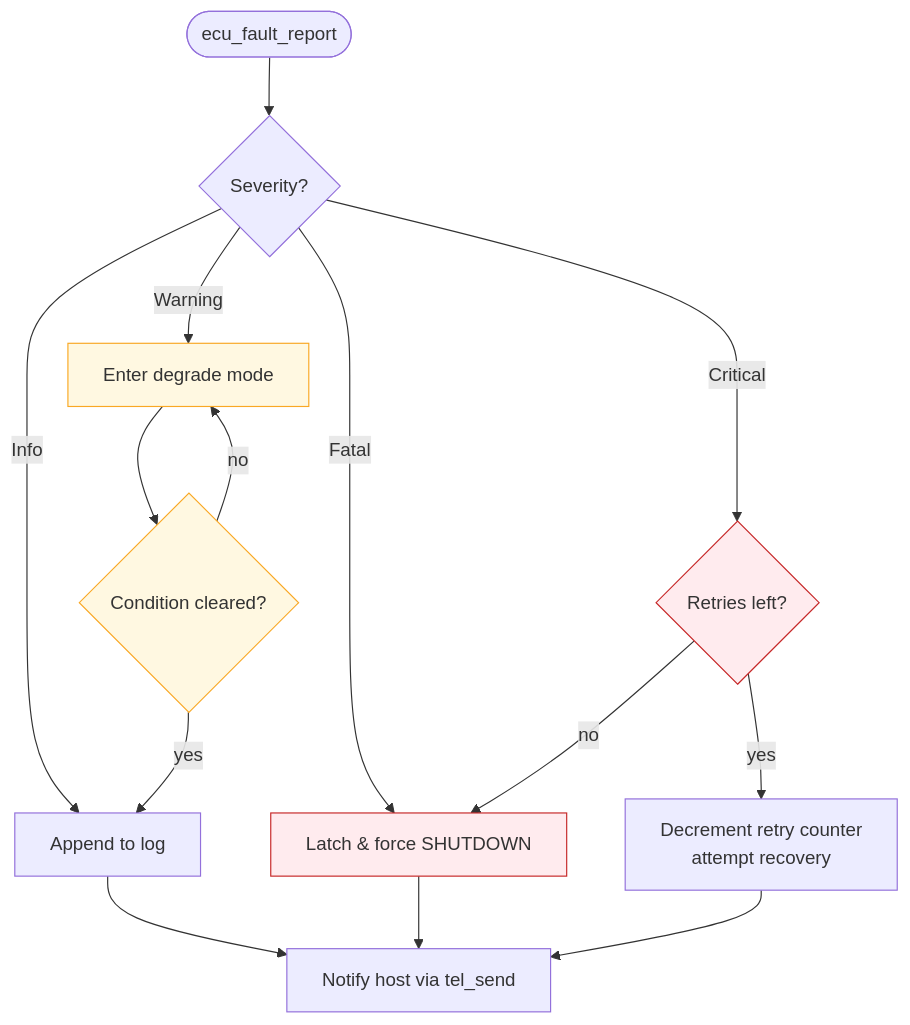
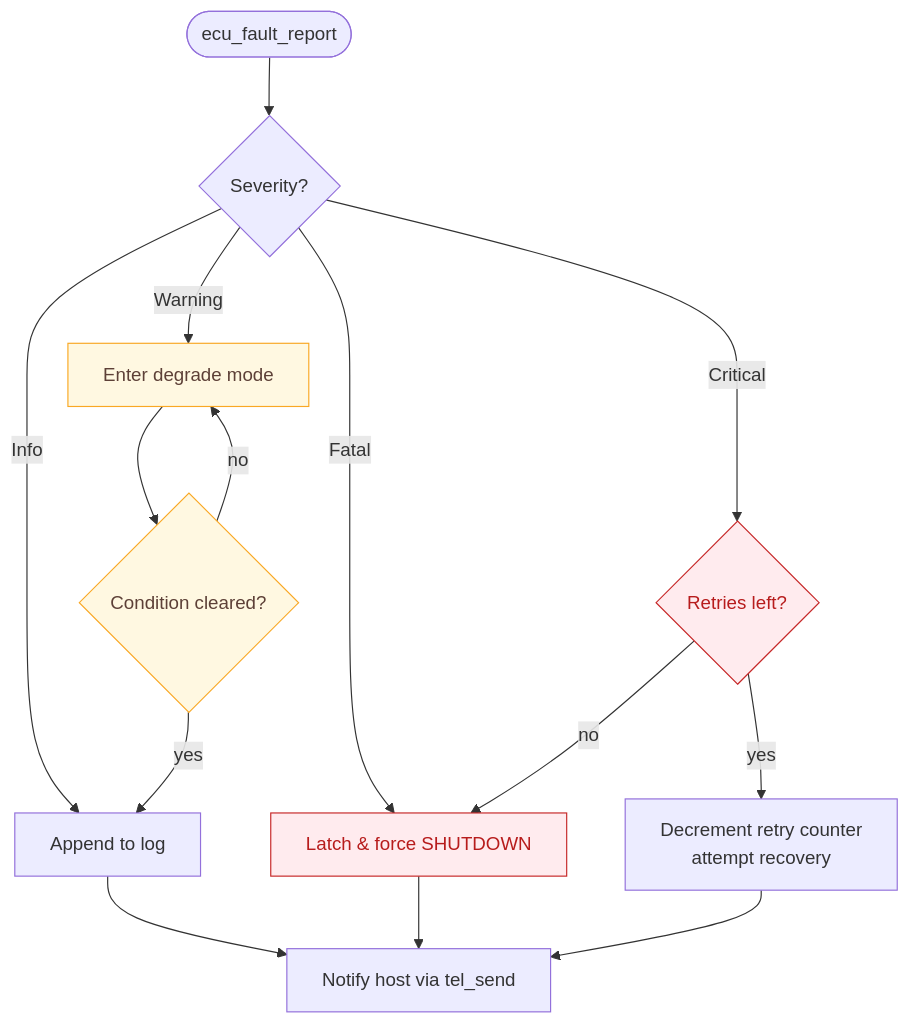
The diagram in doc/fault_handling/index.rst (jakub-michalik/JetECU-Core), drawn with Mermaid before and after one commit. The commit also changed 5 other files, not shown here.

First line of the commit message:
docs: fix Mermaid label readability on RTD theme

```diff
--- a/doc/fault_handling/index.rst
+++ b/doc/fault_handling/index.rst
@@ -19,21 +19,21 @@
 .. mermaid::
 
    flowchart TD
        Start([ecu_fault_report]) --> Sev{Severity?}
        Sev -->|Info| Log[Append to log]
        Sev -->|Warning| Degrade[Enter degrade mode]
        Sev -->|Critical| Retry{Retries left?}
        Sev -->|Fatal| Halt[Latch &amp; force SHUTDOWN]
        Retry -->|yes| Recover[Decrement retry counter<br/>attempt recovery]
        Retry -->|no| Halt
        Degrade --> Cleared{Condition cleared?}
        Cleared -->|yes| Log
        Cleared -->|no| Degrade
        Log --> Telemetry[Notify host via tel_send]
        Halt --> Telemetry
        Recover --> Telemetry
 
-       classDef warn fill:#fff8e1,stroke:#f9a825;
-       classDef crit fill:#ffebee,stroke:#c62828;
+       classDef warn fill:#fff8e1,stroke:#f9a825,color:#5d4037;
+       classDef crit fill:#ffebee,stroke:#c62828,color:#b71c1c;
        class Degrade,Cleared warn;
        class Halt,Retry crit;
```
